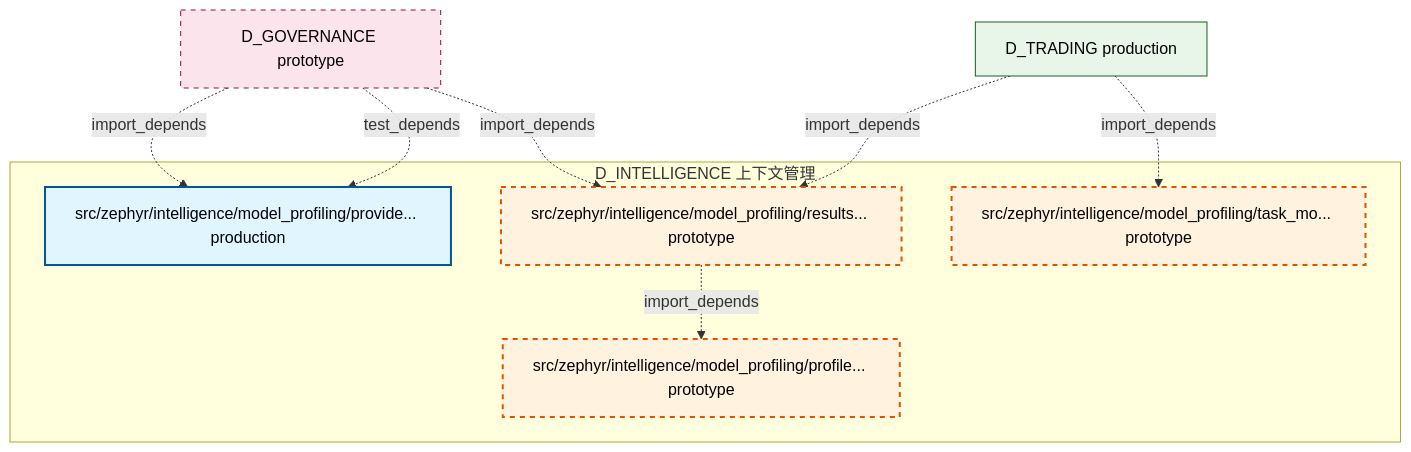
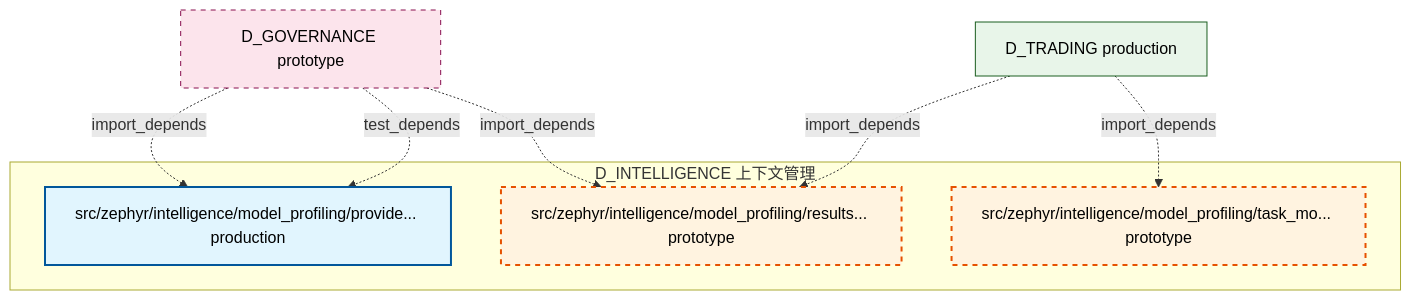
The second of 2 diagrams in docs/02_enterprise_architecture/02_domain_architecture_docs/40_d_intelligence.md (xuanFelixVan/ZephyrAlpha), drawn with Mermaid before and after one commit. The commit also changed other lines of this file and 105 other files, not shown here.

````diff
--- a/docs/02_enterprise_architecture/02_domain_architecture_docs/40_d_intelligence.md
+++ b/docs/02_enterprise_architecture/02_domain_architecture_docs/40_d_intelligence.md
@@ -155,25 +158,23 @@
 ```mermaid
 graph TD
     subgraph D_INTELLIGENCE["D_INTELLIGENCE 上下文管理"]
-        src_zephyr_intelligence_model_profiling_profiler_py["src/zephyr/intelligence/model_profiling/profile... prototype"]
         src_zephyr_intelligence_model_profiling_provider_data_py["src/zephyr/intelligence/model_profiling/provide... production"]
         src_zephyr_intelligence_model_profiling_results_writer_py["src/zephyr/intelligence/model_profiling/results... prototype"]
         src_zephyr_intelligence_model_profiling_task_model_learner_py["src/zephyr/intelligence/model_profiling/task_mo... prototype"]
     end
-    src_zephyr_intelligence_model_profiling_results_writer_py -.->|import_depends| src_zephyr_intelligence_model_profiling_profiler_py
     D_GOVERNANCE["D_GOVERNANCE prototype"]
     D_GOVERNANCE -.->|import_depends| src_zephyr_intelligence_model_profiling_provider_data_py
     D_GOVERNANCE -.->|import_depends| src_zephyr_intelligence_model_profiling_results_writer_py
     D_TRADING["D_TRADING production"]
     D_TRADING -.->|import_depends| src_zephyr_intelligence_model_profiling_task_model_learner_py
     D_TRADING -.->|import_depends| src_zephyr_intelligence_model_profiling_results_writer_py
     D_GOVERNANCE -.->|test_depends| src_zephyr_intelligence_model_profiling_provider_data_py
     classDef production fill:#e1f5fe,stroke:#01579b,stroke-width:2px,color:#000
     classDef design fill:#fff3e0,stroke:#e65100,stroke-width:2px,color:#000,stroke-dasharray: 5 5
     classDef external_prod fill:#e8f5e9,stroke:#1b5e20,stroke-width:1px,color:#000
     classDef external_design fill:#fce4ec,stroke:#880e4f,stroke-width:1px,color:#000,stroke-dasharray: 5 5
     class src_zephyr_intelligence_model_profiling_provider_data_py production
-    class src_zephyr_intelligence_model_profiling_profiler_py,src_zephyr_intelligence_model_profiling_results_writer_py,src_zephyr_intelligence_model_profiling_task_model_learner_py design
+    class src_zephyr_intelligence_model_profiling_results_writer_py,src_zephyr_intelligence_model_profiling_task_model_learner_py design
     class D_TRADING external_prod
     class D_GOVERNANCE external_design
 ```
````
